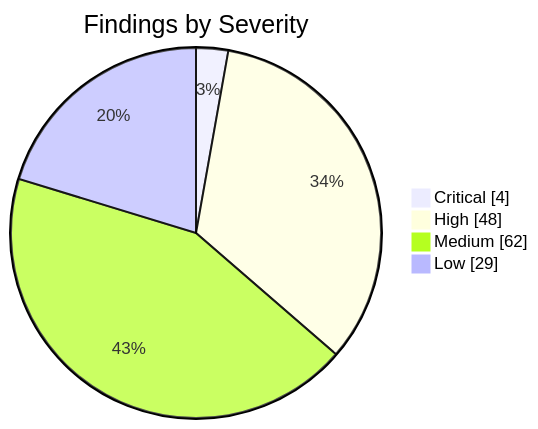
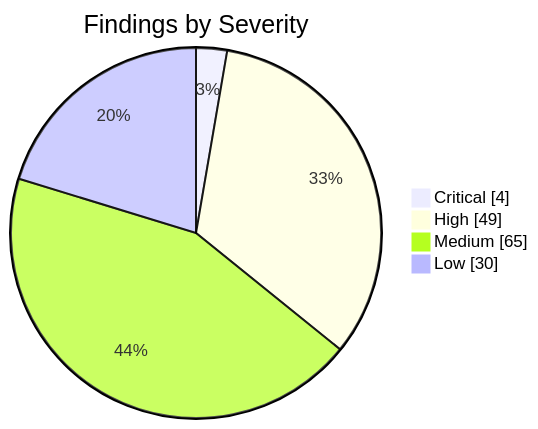
Before and after one commit to KBVE/kbve: the first of 2 diagrams in apps/kbve/astro-kbve/src/content/docs/dashboard/security.mdx, drawn with Mermaid. The commit also changed other lines of this file and 8 other files, not shown here.

````diff
--- a/apps/kbve/astro-kbve/src/content/docs/dashboard/security.mdx
+++ b/apps/kbve/astro-kbve/src/content/docs/dashboard/security.mdx
@@ -62,8 +62,8 @@
 ```mermaid
 pie showData
     title Findings by Severity
     "Critical" : 4
-    "High" : 48
-    "Medium" : 62
-    "Low" : 29
+    "High" : 49
+    "Medium" : 65
+    "Low" : 30
 ```
````
